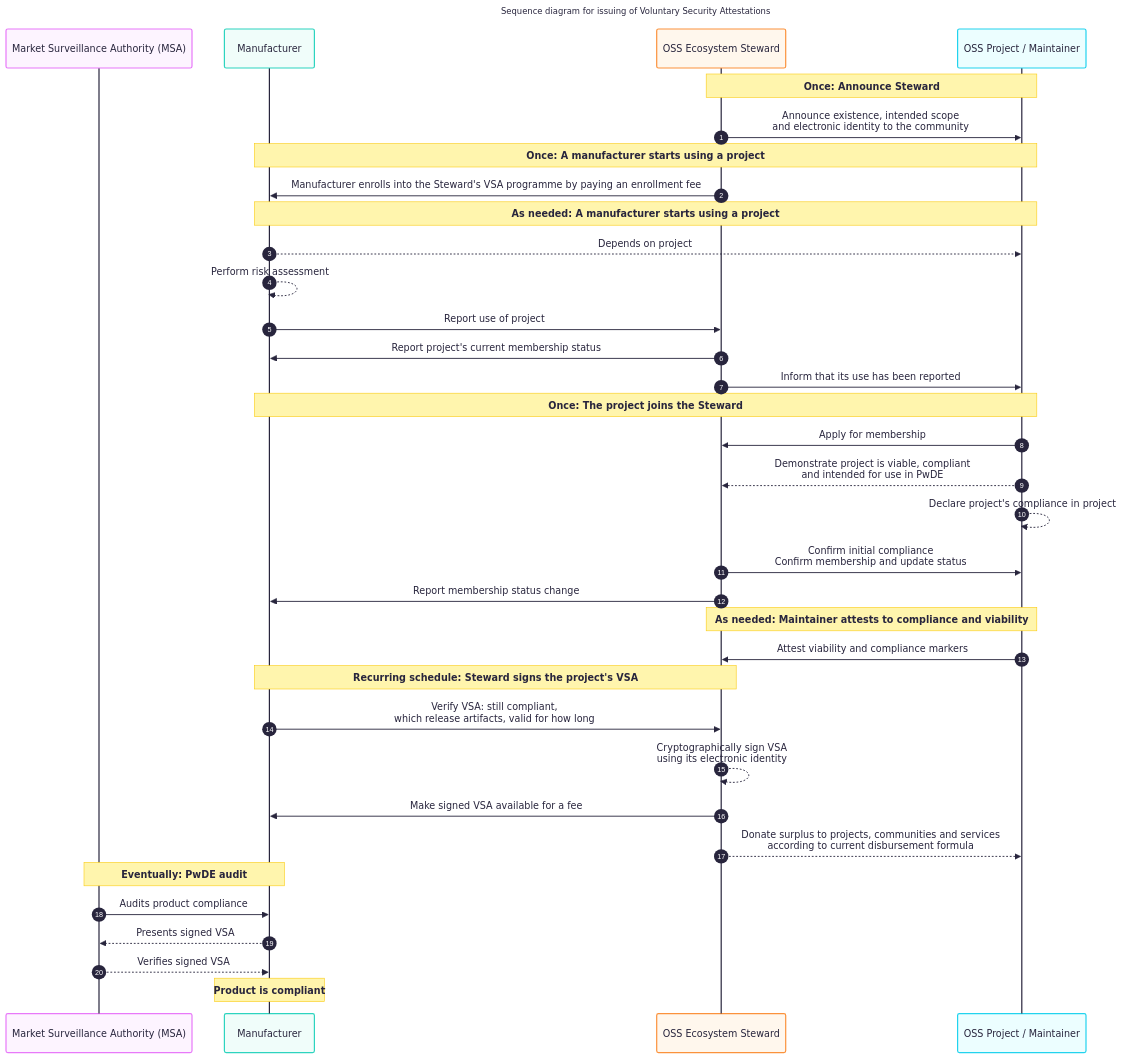
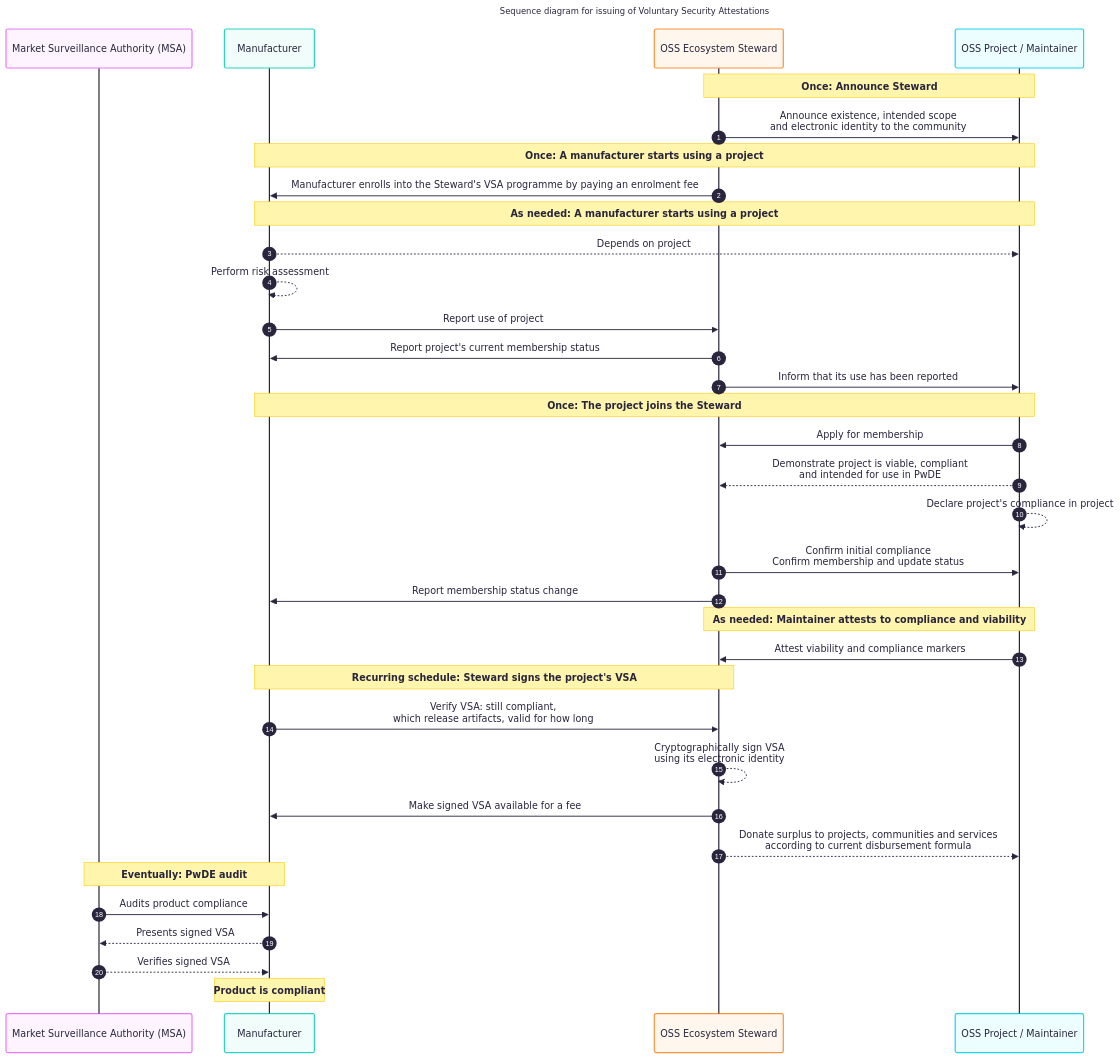
One commit to CPAN-Security/security.metacpan.org changed the diagram in docs/ecosystem-steward.md. Above: the diagram before and after it, drawn with Mermaid. The commit also changed other lines of this file, not shown here.

````diff
--- a/docs/ecosystem-steward.md
+++ b/docs/ecosystem-steward.md
@@ -266,43 +263,43 @@
 ```mermaid
 ---
 title: Sequence diagram for issuing of Voluntary Security Attestations
 config:
     theme: redux-color
     layout: elk
     look: classic
 ---
 sequenceDiagram
     autonumber
     participant MSA as Market Surveillance Authority (MSA)
     participant MFG as Manufacturer
     participant ES as OSS Ecosystem Steward
     participant OSS as OSS Project / Maintainer
     note over ES,OSS: Once: Announce Steward
     ES->>OSS: Announce existence, intended scope<br>and electronic identity to the community
     note over MFG,OSS: Once: A manufacturer starts using a project
-    ES->>MFG: Manufacturer enrolls into the Steward's VSA programme by paying an enrollment fee
+    ES->>MFG: Manufacturer enrolls into the Steward's VSA programme by paying an enrolment fee
     note over MFG,OSS: As needed: A manufacturer starts using a project
     MFG-->>OSS: Depends on project
     MFG-->>MFG: Perform risk assessment
     MFG->>ES: Report use of project
     ES->>MFG: Report project's current membership status
     ES->>OSS: Inform that its use has been reported
     note over MFG,OSS: Once: The project joins the Steward
     OSS->>ES: Apply for membership
     OSS-->>ES: Demonstrate project is viable, compliant<br>and intended for use in PwDE
     OSS-->>OSS: Declare project's compliance in project
     ES->>OSS: Confirm initial compliance<br>Confirm membership and update status
     ES->>MFG: Report membership status change
     note over ES,OSS: As needed: Maintainer attests to compliance and viability
     OSS->>ES: Attest viability and compliance markers
     note over MFG,ES: Recurring schedule: Steward signs the project's VSA
     MFG->>ES: Verify VSA: still compliant,<br>which release artifacts, valid for how long
     ES-->>ES: Cryptographically sign VSA<br>using its electronic identity
     ES->>MFG: Make signed VSA available for a fee
     ES-->>OSS: Donate surplus to projects, communities and services<br>according to current disbursement formula
     note over MSA,MFG: Eventually: PwDE audit
     MSA->>MFG: Audits product compliance
     MFG-->>MSA: Presents signed VSA
     MSA-->>MFG: Verifies signed VSA
     note over MFG: Product is compliant
 ```
````
